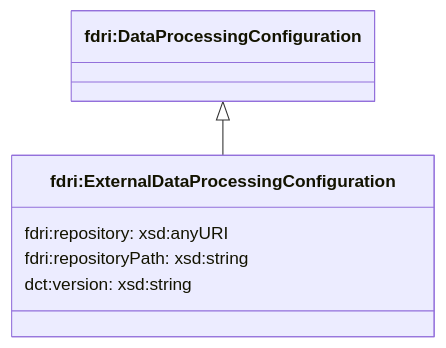
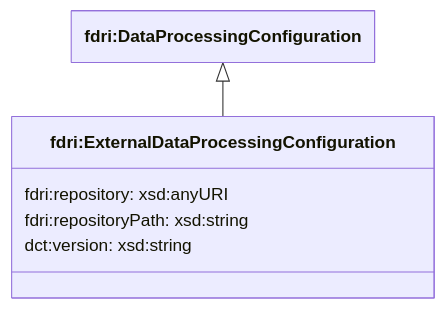
The fourth of 4 diagrams in doc/data-processing-configurations.md (NERC-CEH/fdri-ontology), drawn with Mermaid before and after one commit. The commit also changed other lines of this file, not shown here.

Commit message:
Update data processing config document

````diff
--- a/doc/data-processing-configurations.md
+++ b/doc/data-processing-configurations.md
@@ -127,10 +140,15 @@
 ```mermaid
+---
+  config:
+    class:
+      hideEmptyMembersBox: true
+---
 classDiagram
   class Plan["fdri:DataProcessingConfiguration"]
   class DPConfig["fdri:ExternalDataProcessingConfiguration"] {
     fdri:repository: xsd:anyURI
     fdri:repositoryPath: xsd:string
     dct:version: xsd:string
   }
   Plan <|-- DPConfig
 ```
````
